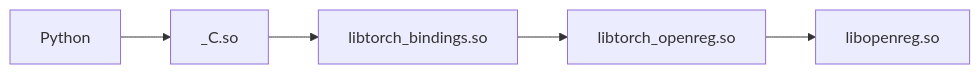
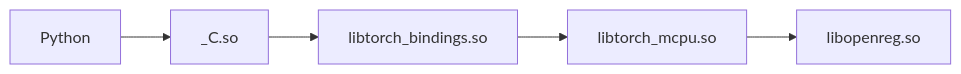
The diagram in docs/ref/open_registration_extension/torch_openreg/README.md (kzwrime/torch_mcpu), drawn with Mermaid before and after one commit. The commit also changed other lines of this file and 36 other files, not shown here.

Commit message:
[Misc] Rename torch_openreg to torch_mcpu

````diff
--- a/docs/ref/open_registration_extension/torch_openreg/README.md
+++ b/docs/ref/open_registration_extension/torch_openreg/README.md
@@ -73,10 +73,10 @@
 ```mermaid
 graph LR
     A[Python]
     B[_C.so]
     C[libtorch_bindings.so]
-    D[libtorch_openreg.so]
+    D[libtorch_mcpu.so]
     E[libopenreg.so]
 
     A --> B --> C --> D --> E
 ```
````
